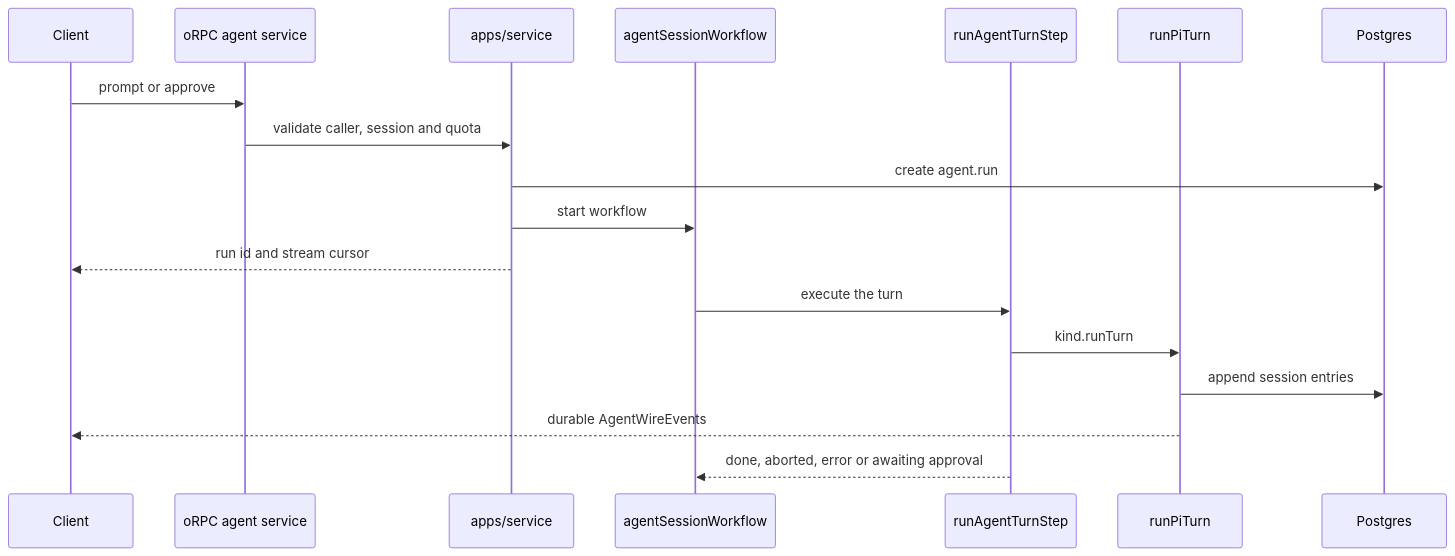
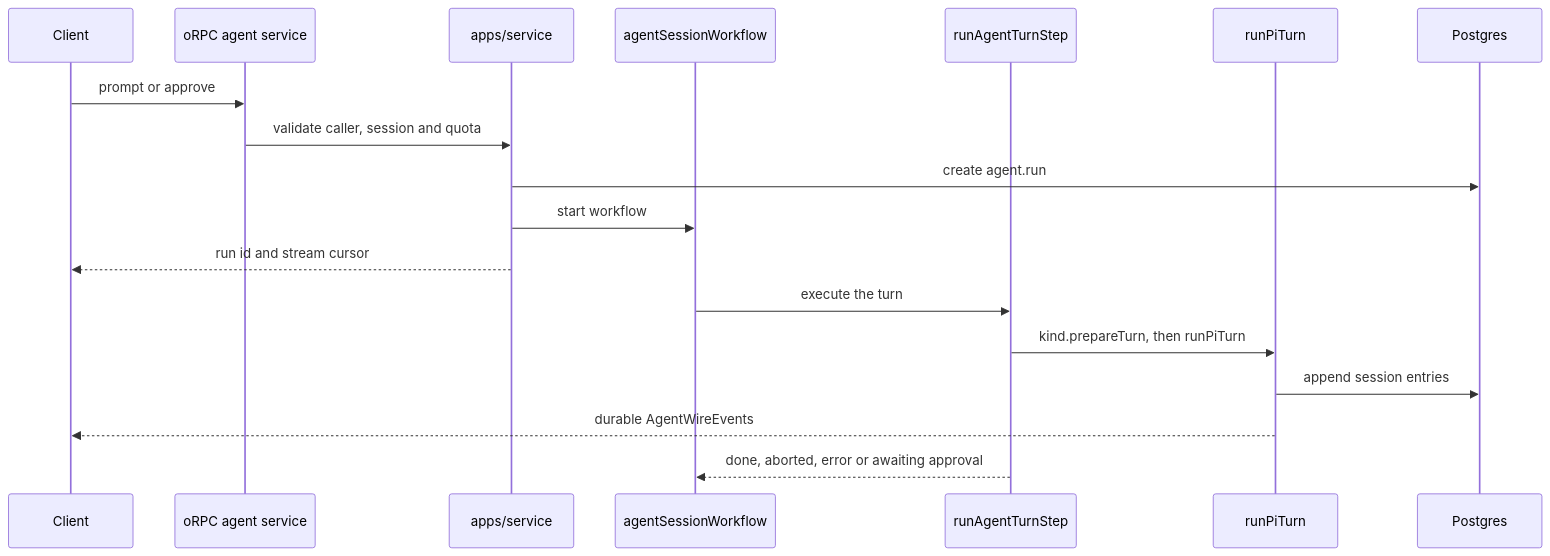
One commit to Chia1104/chia1104.dev changed the second of 3 diagrams in docs/agent-architecture.md. Above: the diagram before and after it, drawn with Mermaid. The commit also changed other lines of this file and 70 other files, not shown here.

````diff
--- a/docs/agent-architecture.md
+++ b/docs/agent-architecture.md
@@ -106,21 +106,21 @@
 ```mermaid
 sequenceDiagram
     participant UI as Client
     participant API as oRPC agent service
     participant SVC as apps/service
     participant WF as agentSessionWorkflow
     participant STEP as runAgentTurnStep
     participant RT as runPiTurn
     participant PG as Postgres
 
     UI->>API: prompt or approve
     API->>SVC: validate caller, session and quota
     SVC->>PG: create agent.run
     SVC->>WF: start workflow
     SVC-->>UI: run id and stream cursor
     WF->>STEP: execute the turn
-    STEP->>RT: kind.runTurn
+    STEP->>RT: kind.prepareTurn, then runPiTurn
     RT->>PG: append session entries
     RT-->>UI: durable AgentWireEvents
     STEP-->>WF: done, aborted, error or awaiting approval
 ```
````
